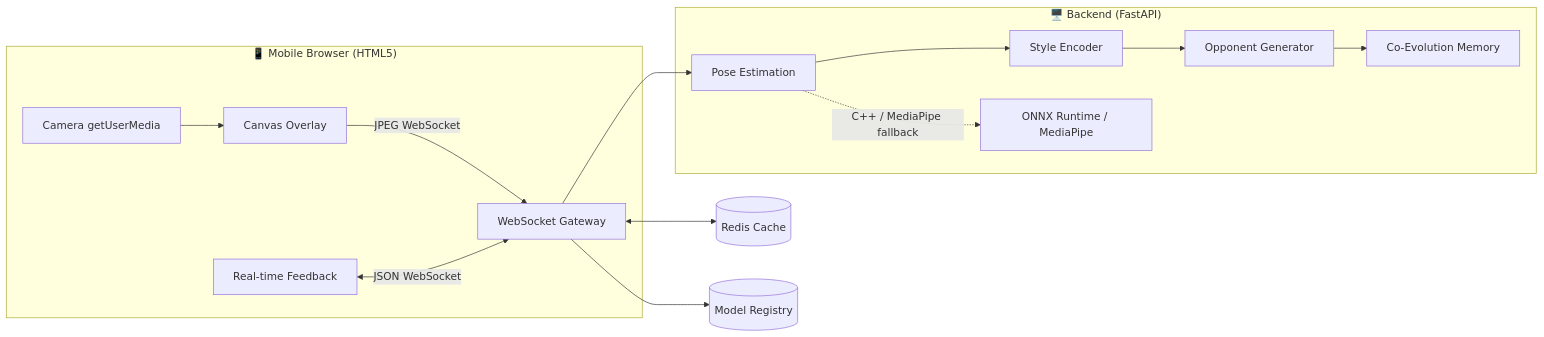
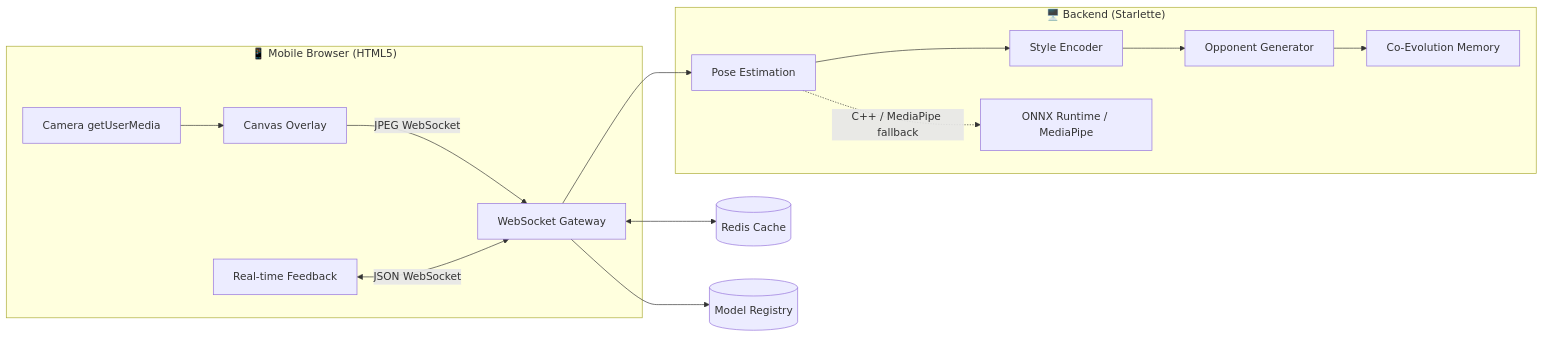
Before and after one commit to Al-hassan-961/hadin-combat: the diagram in README.md, drawn with Mermaid. The commit also changed other lines of this file and 8 other files, not shown here.

First line of the commit message:
refactor: replace FastAPI with Starlette for zero-compile install on Termux

````diff
--- a/README.md
+++ b/README.md
@@ -30,19 +30,19 @@
 ```mermaid
 flowchart LR
     subgraph Client["📱 Mobile Browser (HTML5)"]
         C[Camera getUserMedia] --> CV[Canvas Overlay]
         CV -->|JPEG WebSocket| S
         FB[Real-time Feedback] <-->|JSON WebSocket| S
     end
 
-    subgraph Server["🖥️ Backend (FastAPI)"]
+    subgraph Server["🖥️ Backend (Starlette)"]
         S[WebSocket Gateway] --> PP[Pose Estimation]
         PP --> SE[Style Encoder]
         SE --> OG[Opponent Generator]
         OG --> CE[Co-Evolution Memory]
         PP -. C++ / MediaPipe fallback .-> ORT[ONNX Runtime / MediaPipe]
     end
 
     S <--> R[(Redis Cache)]
     S --> DB[(Model Registry)]
 ```
````
